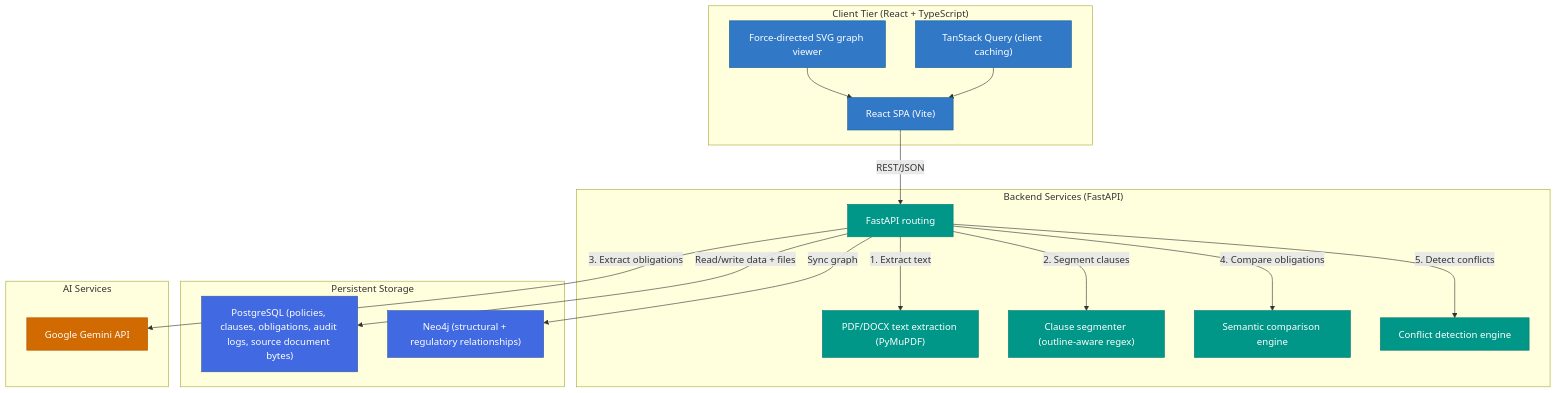
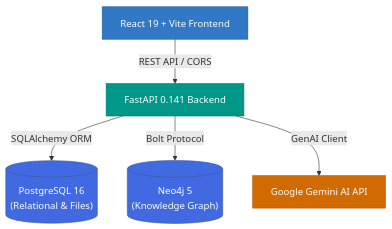
The diagram in README.md (Sangamithraa077/PolicySentinel), drawn with Mermaid before and after one commit. The commit also changed other lines of this file, not shown here.

````diff
--- a/README.md
+++ b/README.md
@@ -94,43 +52,18 @@
 ```mermaid
 graph TD
     classDef client fill:#3178C6,stroke:#1A5F8A,color:#fff;
     classDef server fill:#009688,stroke:#00796B,color:#fff;
     classDef db fill:#4169E1,stroke:#3B5998,color:#fff;
     classDef external fill:#D16A00,stroke:#B05500,color:#fff;
 
-    subgraph Client_Tier["Client Tier (React + TypeScript)"]
-        UI["React SPA (Vite)"]:::client
-        Query["TanStack Query (client caching)"]:::client
-        Graph["Force-directed SVG graph viewer"]:::client
-    end
+    Client["React 19 + Vite Frontend"]:::client
+    API["FastAPI 0.141 Backend"]:::server
+    PG[("PostgreSQL 16\n(Relational & Files)")]:::db
+    Neo[("Neo4j 5\n(Knowledge Graph)")]:::db
+    Gemini["Google Gemini AI API"]:::external
 
-    subgraph Backend_Services["Backend Services (FastAPI)"]
-        API["FastAPI routing"]:::server
-        Extract["PDF/DOCX text extraction (PyMuPDF)"]:::server
-        Segment["Clause segmenter (outline-aware regex)"]:::server
-        Compare["Semantic comparison engine"]:::server
-        Conflict["Conflict detection engine"]:::server
-    end
-
-    subgraph Persistent_Storage["Persistent Storage"]
-        PG["PostgreSQL (policies, clauses, obligations, audit logs, source document bytes)"]:::db
-        Neo4j["Neo4j (structural + regulatory relationships)"]:::db
-    end
-
-    subgraph External_Services["AI Services"]
-        Gemini["Google Gemini API"]:::external
-    end
-
-    UI -->|REST/JSON| API
-    API -->|1. Extract text| Extract
-    API -->|2. Segment clauses| Segment
-    API -->|3. Extract obligations| Gemini
-    API -->|4. Compare obligations| Compare
-    API -->|5. Detect conflicts| Conflict
-
-    API -->|Read/write data + files| PG
-    API -->|Sync graph| Neo4j
-
-    Query --> UI
-    Graph --> UI
+    Client -->|REST API / CORS| API
+    API -->|SQLAlchemy ORM| PG
+    API -->|Bolt Protocol| Neo
+    API -->|GenAI Client| Gemini
 ```
````
